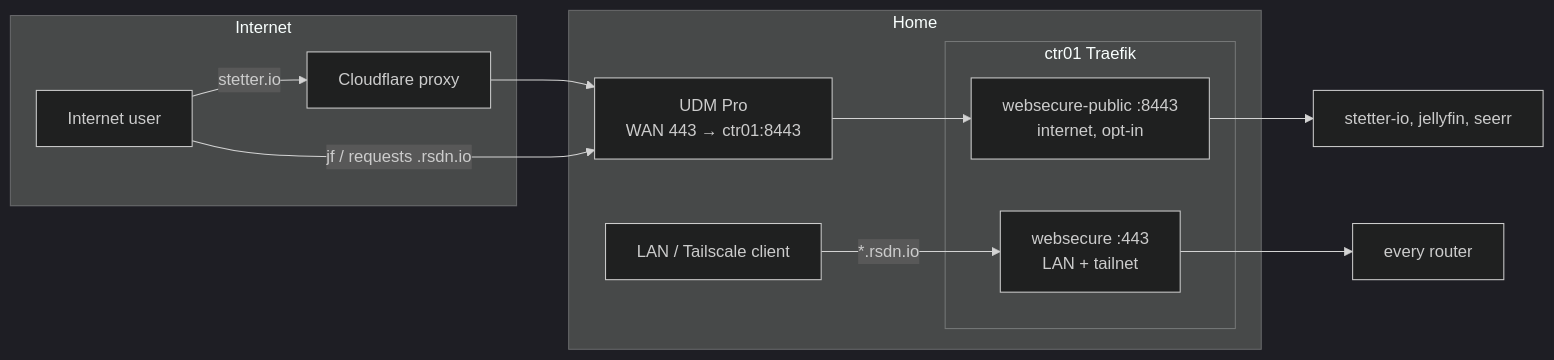
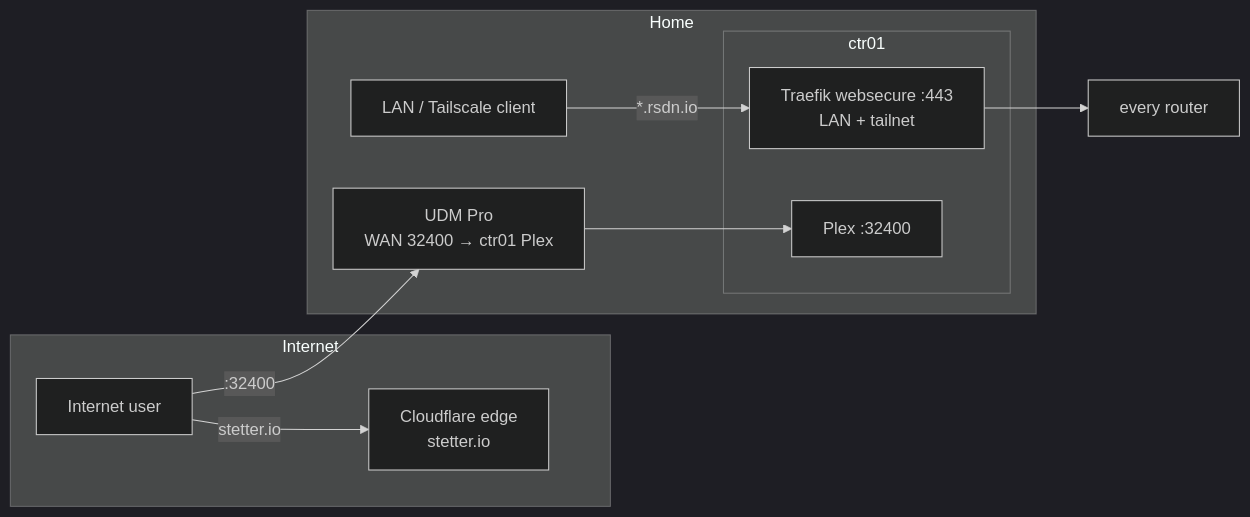
The diagram in docs/architecture/network.md (johnstetter/homelab-docs), drawn with Mermaid (dark theme) before and after one commit. The commit also changed other lines of this file and 6 other files, not shown here.

First line of the commit message:
docs(network): no public web entrypoint; the only WAN forward is Plex

````diff
--- a/docs/architecture/network.md
+++ b/docs/architecture/network.md
@@ -62,21 +62,19 @@
 ```mermaid
 graph LR
     subgraph Internet
         U[Internet user]
-        CF[Cloudflare proxy]
+        CF[Cloudflare edge<br/>stetter.io]
     end
     subgraph Home
-        UDM[UDM Pro<br/>WAN 443 → ctr01:8443]
-        subgraph ctr01["ctr01 Traefik"]
-            WS[websecure :443<br/>LAN + tailnet]
-            WSP[websecure-public :8443<br/>internet, opt-in]
+        UDM[UDM Pro<br/>WAN 32400 → ctr01 Plex]
+        subgraph ctr01["ctr01"]
+            WS[Traefik websecure :443<br/>LAN + tailnet]
+            PLEX[Plex :32400]
         end
         LAN[LAN / Tailscale client]
     end
-    U -->|stetter.io| CF --> UDM
-    U -->|jf / requests .rsdn.io| UDM
-    UDM --> WSP
+    U -->|stetter.io| CF
+    U -->|:32400| UDM --> PLEX
     LAN -->|*.rsdn.io| WS
-    WSP --> PUB[stetter-io, jellyfin, seerr]
     WS --> ALL[every router]
 ```
````
